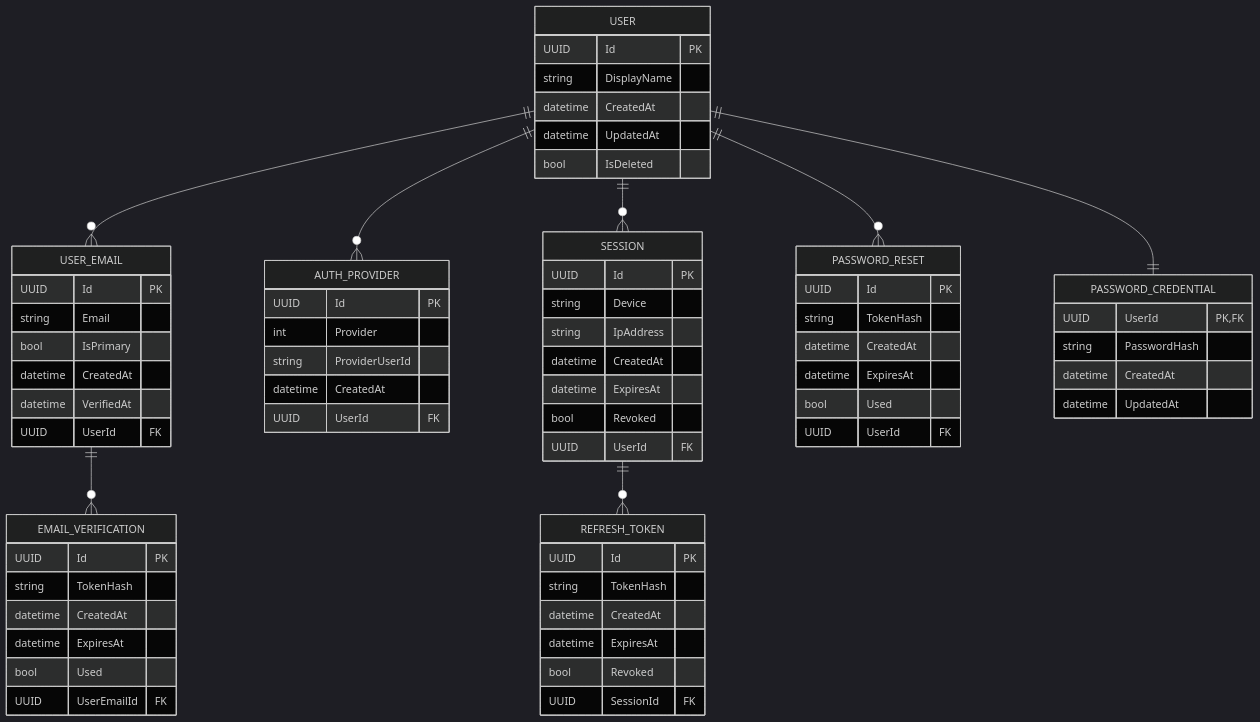
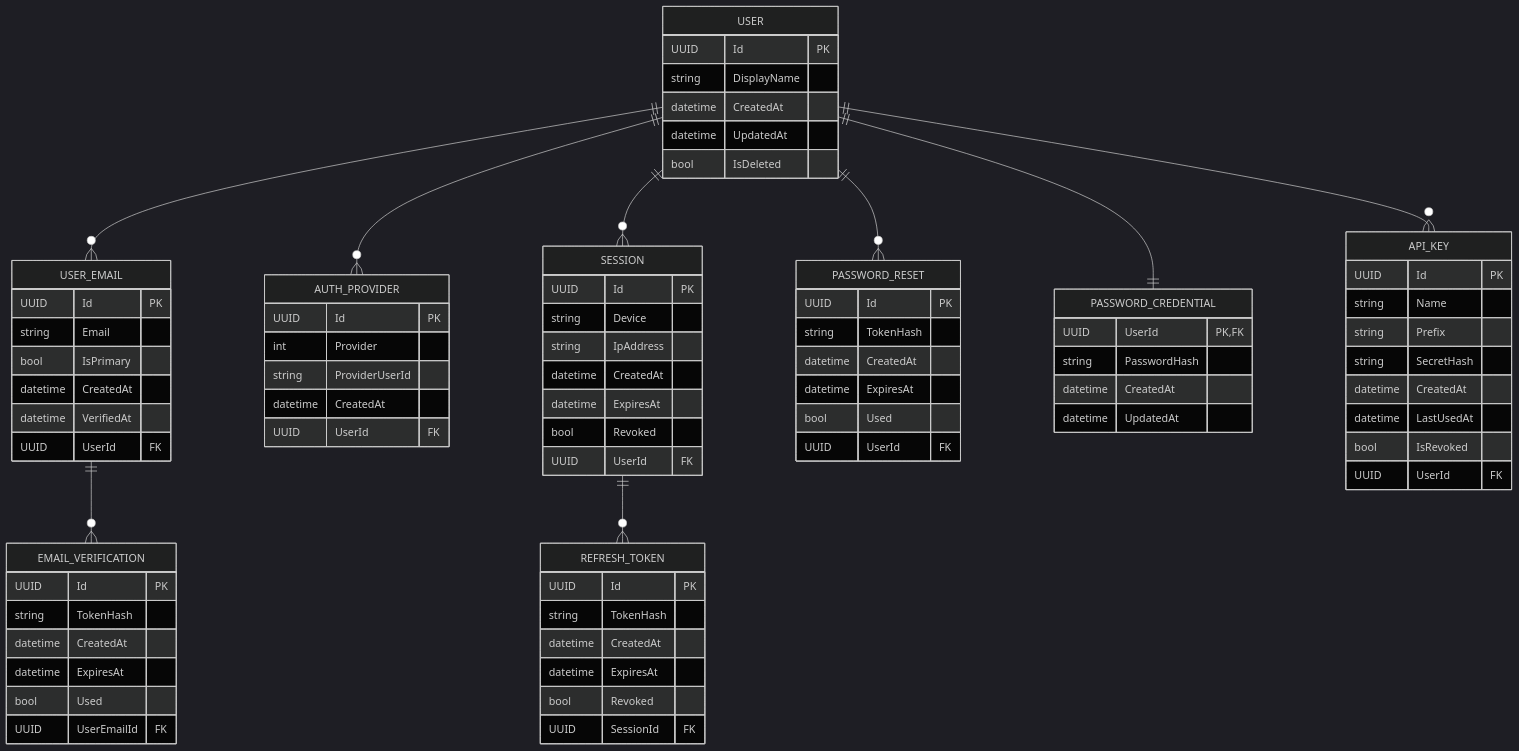
One commit to shenxianovo/AuthService changed the diagram in backend/AuthService/Docs/Db.md. Above: the diagram before and after it, drawn with Mermaid (dark theme). The commit also changed 2 other files, not shown here.

Commit message:
docs: add ADR-009

````diff
--- a/backend/AuthService/Docs/Db.md
+++ b/backend/AuthService/Docs/Db.md
@@ -63,6 +63,16 @@
         bool Used
         UUID UserEmailId FK
     }
+    API_KEY {
+        UUID Id PK
+        string Name
+        string Prefix
+        string SecretHash
+        datetime CreatedAt
+        datetime LastUsedAt
+        bool IsRevoked
+        UUID UserId FK
+    }
 
     USER ||--o{ USER_EMAIL : ""
     USER ||--o{ AUTH_PROVIDER : ""
@@ -71,4 +81,5 @@
     USER ||--o{ PASSWORD_RESET : ""
     USER ||--|| PASSWORD_CREDENTIAL : ""
     USER_EMAIL ||--o{ EMAIL_VERIFICATION : ""
+    USER ||--o{ API_KEY : ""
 ```
````
